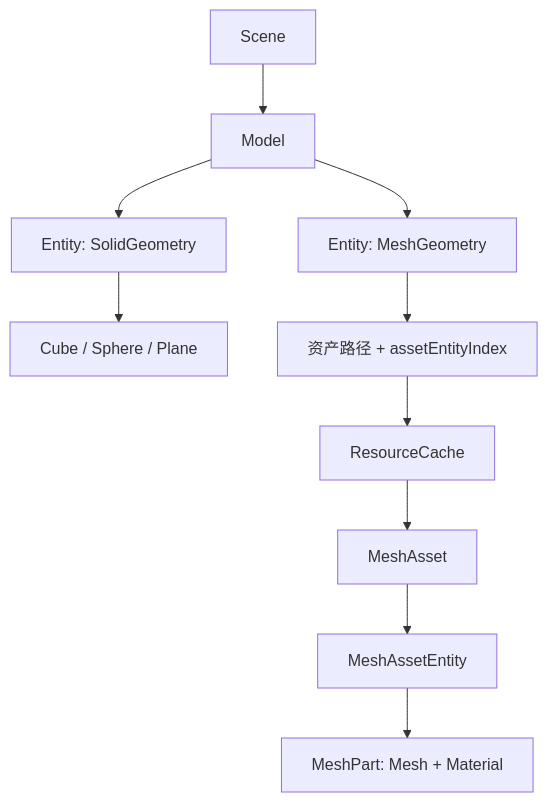
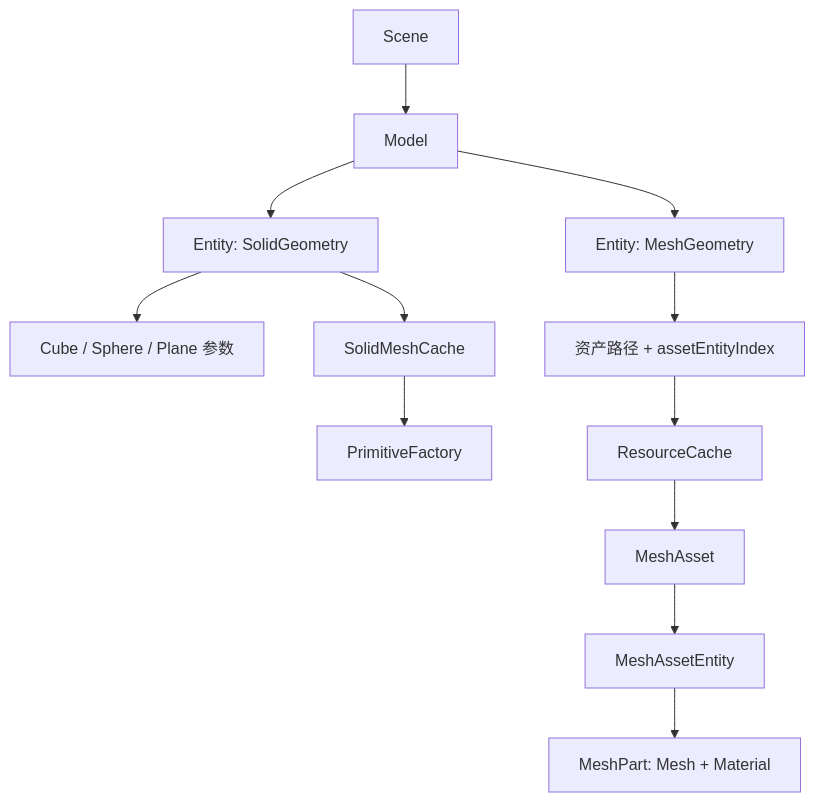
Before and after one commit to ELPSYKONGR/LRenderDemo: the second of 4 diagrams in docs/architecture.md, drawn with Mermaid. The commit also changed other lines of this file and 36 other files, not shown here.

````diff
--- a/docs/architecture.md
+++ b/docs/architecture.md
@@ -39,12 +39,14 @@
 ```mermaid
 graph TD
     Scene[Scene] --> ModelA[Model]
     ModelA --> Solid[Entity: SolidGeometry]
     ModelA --> MeshEntity[Entity: MeshGeometry]
-    Solid --> Primitive[Cube / Sphere / Plane]
+    Solid --> Primitive[Cube / Sphere / Plane 参数]
+    Solid --> SolidCache[SolidMeshCache]
+    SolidCache --> Factory[PrimitiveFactory]
     MeshEntity --> Ref[资产路径 + assetEntityIndex]
     Ref --> Cache[ResourceCache]
     Cache --> Asset[MeshAsset]
     Asset --> AssetEntity[MeshAssetEntity]
     AssetEntity --> Part[MeshPart: Mesh + Material]
 ```
````
